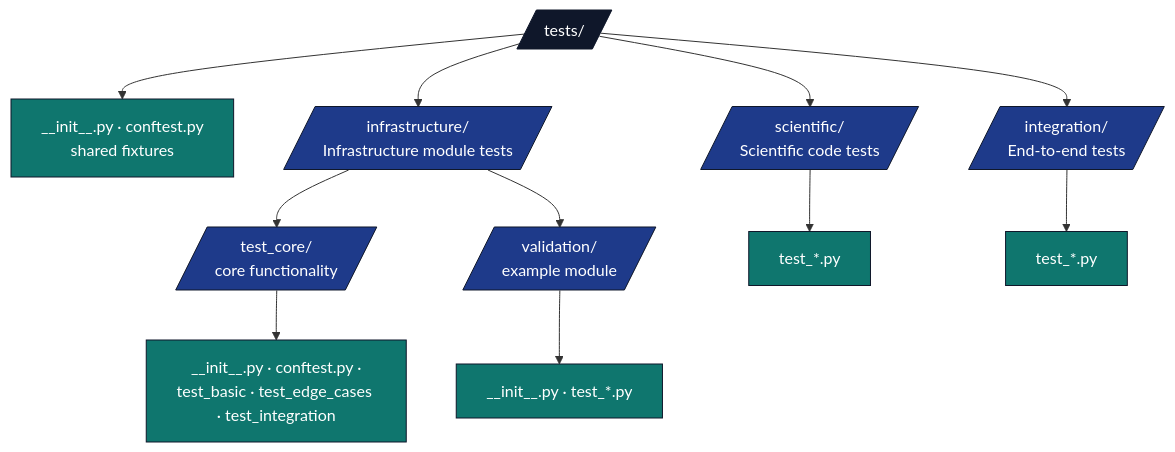
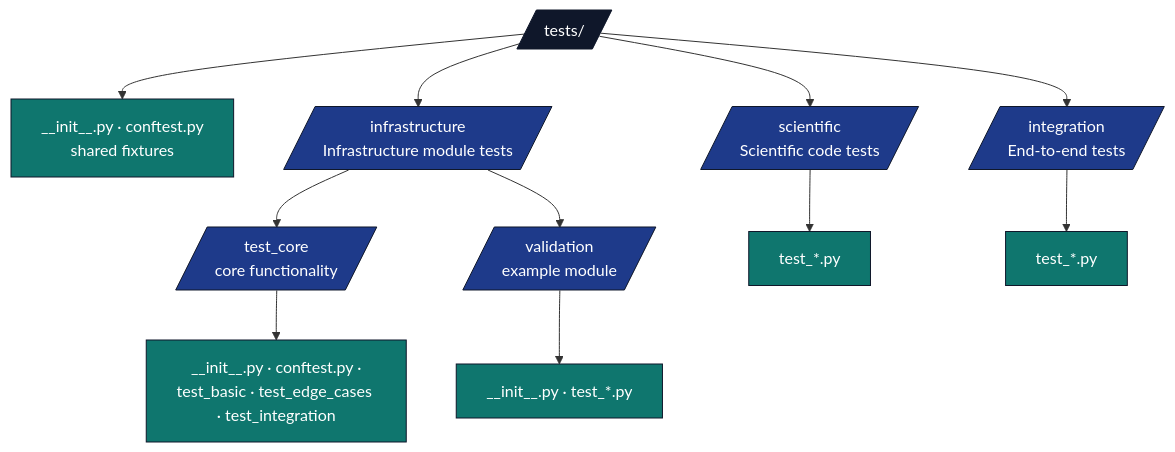
One commit to docxology/template changed the first of 2 diagrams in docs/rules/testing_standards.md. Above: the diagram before and after it, drawn with Mermaid. The commit also changed 164 other files, not shown here.

````diff
--- a/docs/rules/testing_standards.md
+++ b/docs/rules/testing_standards.md
@@ -34,22 +34,22 @@
 ```mermaid
 flowchart TB
     T[/tests//]
     T --> META[__init__.py · conftest.py<br/>shared fixtures]
-    T --> INFRA[/infrastructure/<br/>Infrastructure module tests/]
-    T --> SCI[/scientific/<br/>Scientific code tests/]
-    T --> INTEG[/integration/<br/>End-to-end tests/]
+    T --> INFRA[/infrastructure<br/>Infrastructure module tests/]
+    T --> SCI[/scientific<br/>Scientific code tests/]
+    T --> INTEG[/integration<br/>End-to-end tests/]
 
-    INFRA --> CORE[/test_core/<br/>core functionality/]
-    INFRA --> VAL[/validation/<br/>example module/]
+    INFRA --> CORE[/test_core<br/>core functionality/]
+    INFRA --> VAL[/validation<br/>example module/]
     CORE --> CORE_F[__init__.py · conftest.py ·<br/>test_basic · test_edge_cases · test_integration]
     VAL --> VAL_F[__init__.py · test_*.py]
     SCI --> SCI_F[test_*.py]
     INTEG --> INTEG_F[test_*.py]
 
     classDef d fill:#0f172a,stroke:#0f172a,color:#fff
     classDef pkg fill:#1e3a8a,stroke:#0f172a,color:#fff
     classDef f fill:#0f766e,stroke:#0f172a,color:#fff
     class T d
     class INFRA,SCI,INTEG,CORE,VAL pkg
     class META,CORE_F,VAL_F,SCI_F,INTEG_F f
 ```
````
